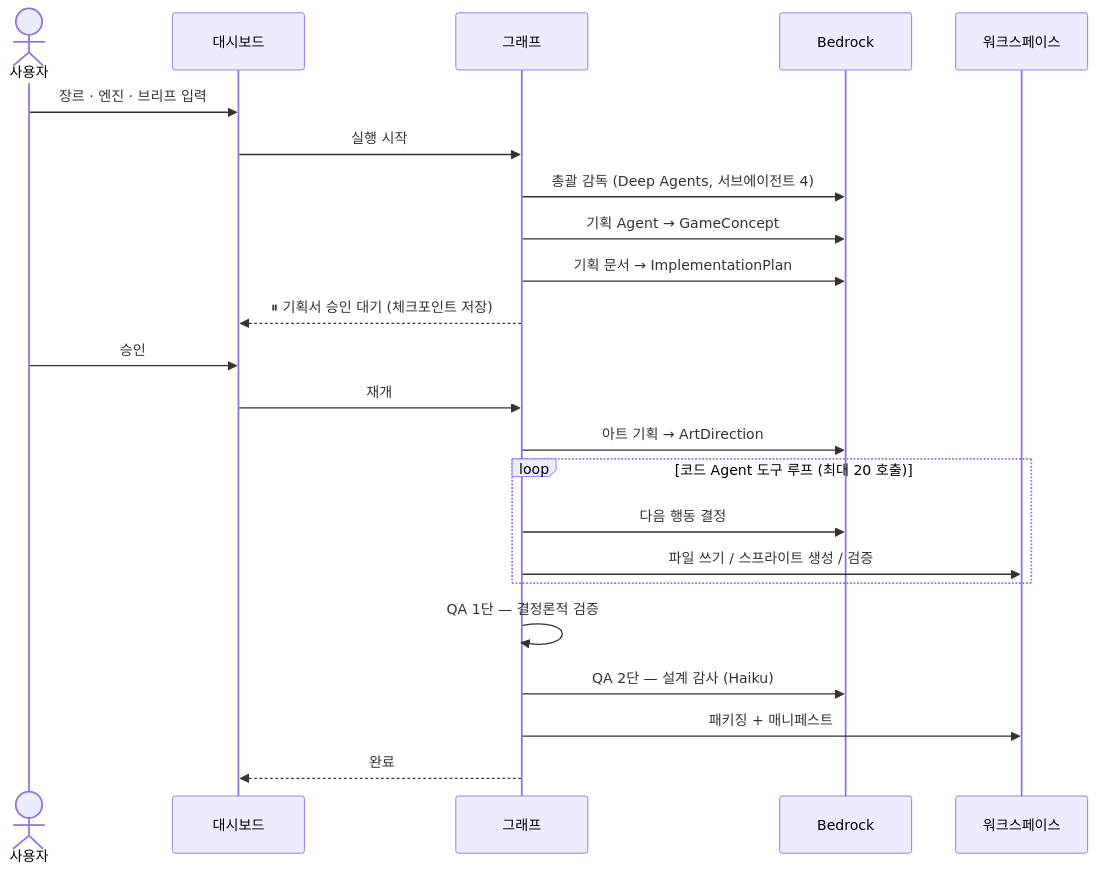
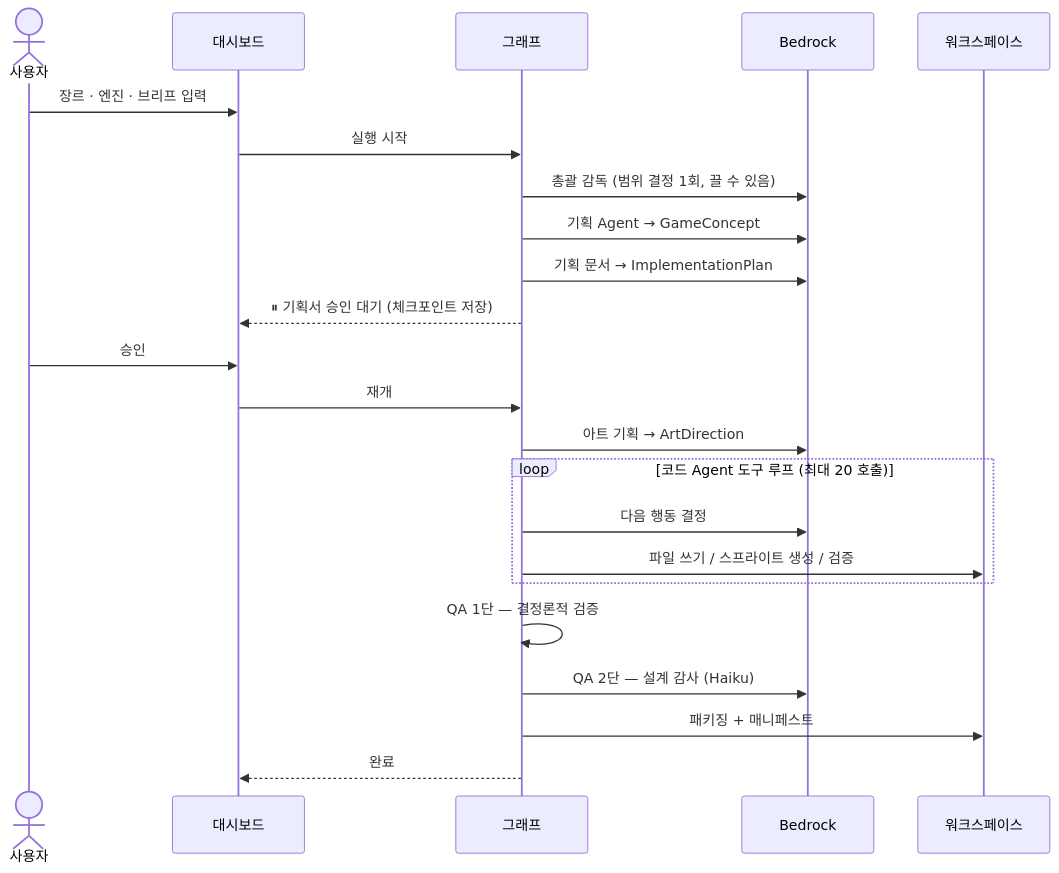
One commit to SuperclusterAll/gamestudio changed the second of 9 diagrams in docs/ARCHITECTURE.md. Above: the diagram before and after it, drawn with Mermaid. The commit also changed other lines of this file and 24 other files, not shown here.

````diff
--- a/docs/ARCHITECTURE.md
+++ b/docs/ARCHITECTURE.md
@@ -78,26 +78,26 @@
 ```mermaid
 sequenceDiagram
     actor U as 사용자
     participant D as 대시보드
     participant G as 그래프
     participant M as Bedrock
     participant F as 워크스페이스
 
     U->>D: 장르 · 엔진 · 브리프 입력
     D->>G: 실행 시작
-    G->>M: 총괄 감독 (Deep Agents, 서브에이전트 4)
+    G->>M: 총괄 감독 (범위 결정 1회, 끌 수 있음)
     G->>M: 기획 Agent → GameConcept
     G->>M: 기획 문서 → ImplementationPlan
     G-->>D: ⏸ 기획서 승인 대기 (체크포인트 저장)
     U->>D: 승인
     D->>G: 재개
     G->>M: 아트 기획 → ArtDirection
     loop 코드 Agent 도구 루프 (최대 20 호출)
         G->>M: 다음 행동 결정
         G->>F: 파일 쓰기 / 스프라이트 생성 / 검증
     end
     G->>G: QA 1단 — 결정론적 검증
     G->>M: QA 2단 — 설계 감사 (Haiku)
     G->>F: 패키징 + 매니페스트
     G-->>D: 완료
 ```
````
